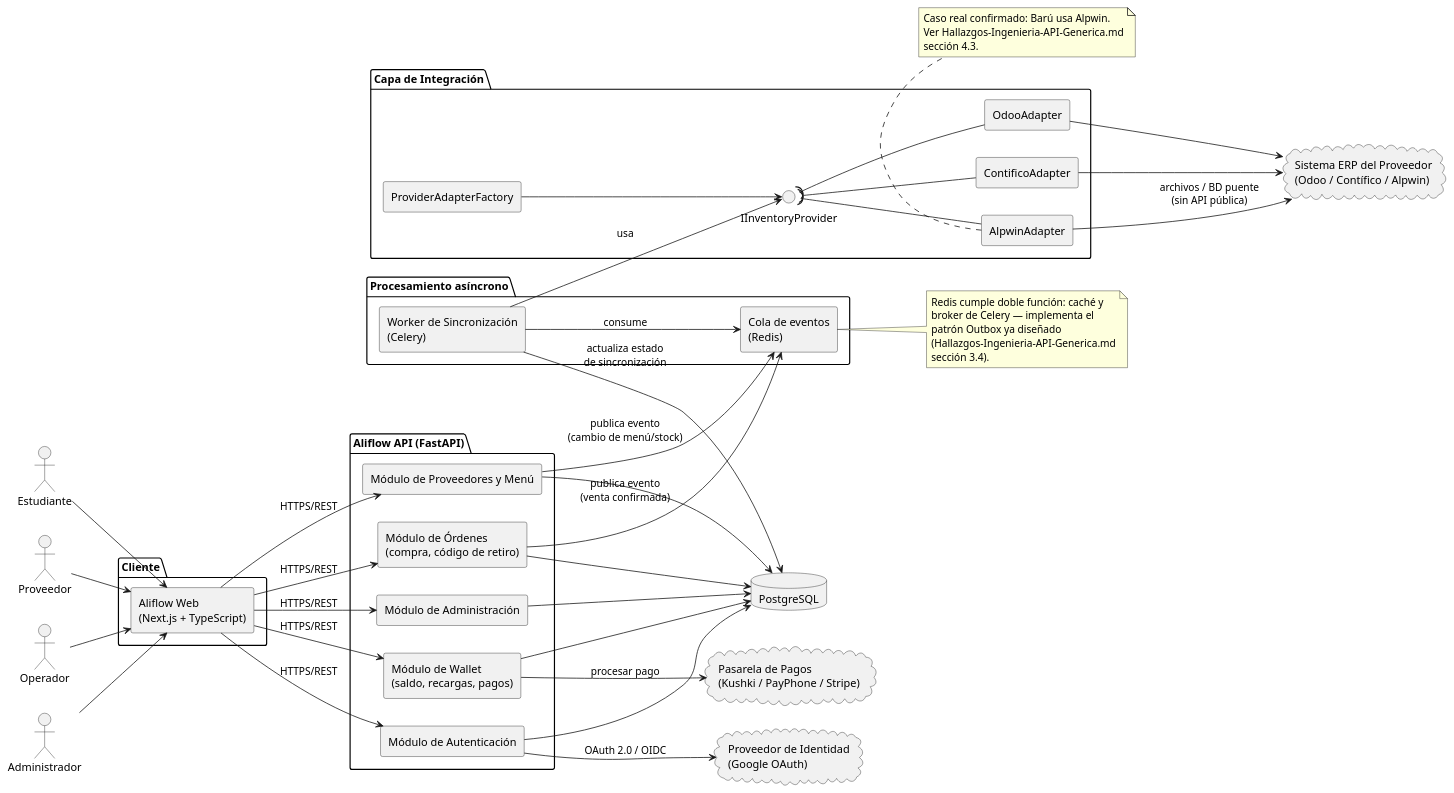
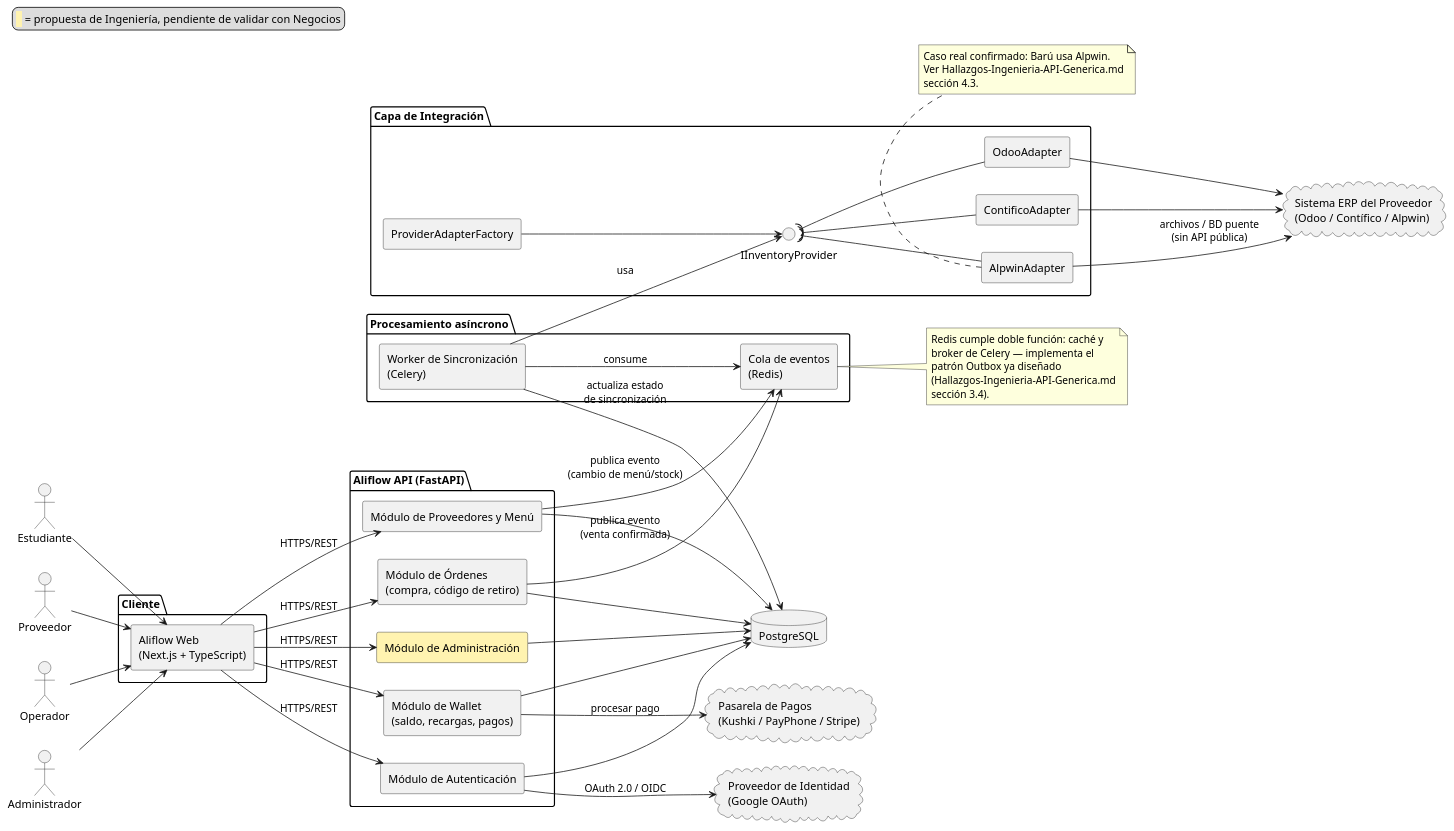
The diagram in uml/diagrama-componentes.puml (Jesus-JB/aliflow), drawn with PlantUML before and after one commit. The commit also changed 11 other files, not shown here.

```diff
--- a/uml/diagrama-componentes.puml
+++ b/uml/diagrama-componentes.puml
@@ -1,92 +1,96 @@
 @startuml diagrama-componentes-aliflow
 
 skinparam componentStyle rectangle
 left to right direction
+
+legend top left
+  <back:#FFF3B0>  </back> = propuesta de Ingeniería, pendiente de validar con Negocios
+endlegend
 
 actor Estudiante
 actor Proveedor
 actor Operador
 actor Administrador
 
 package "Cliente" {
   [Aliflow Web\n(Next.js + TypeScript)] as WEB
 }
 
 package "Aliflow API (FastAPI)" {
   [Módulo de Autenticación] as AUTH
   [Módulo de Wallet\n(saldo, recargas, pagos)] as WALLET
   [Módulo de Órdenes\n(compra, código de retiro)] as ORDERS
   [Módulo de Proveedores y Menú] as PROVMOD
-  [Módulo de Administración] as ADMINMOD
+  [Módulo de Administración] as ADMINMOD #FFF3B0
 }
 
 package "Capa de Integración" {
   interface IInventoryProvider
   [ProviderAdapterFactory] as FACTORY
   [OdooAdapter] as ODOOA
   [ContificoAdapter] as CONTIFICOA
   [AlpwinAdapter] as ALPWINA
 
   FACTORY --> IInventoryProvider
   ODOOA -up-( IInventoryProvider
   CONTIFICOA -up-( IInventoryProvider
   ALPWINA -up-( IInventoryProvider
 }
 
 package "Procesamiento asíncrono" {
   [Cola de eventos\n(Redis)] as QUEUE
   [Worker de Sincronización\n(Celery)] as WORKER
 }
 
 database "PostgreSQL" as DB
 
 cloud "Proveedor de Identidad\n(Google OAuth)" as IDP
 cloud "Pasarela de Pagos\n(Kushki / PayPhone / Stripe)" as PAY
 cloud "Sistema ERP del Proveedor\n(Odoo / Contífico / Alpwin)" as ERP
 
 Estudiante --> WEB
 Proveedor --> WEB
 Operador --> WEB
 Administrador --> WEB
 
 WEB --> AUTH : HTTPS/REST
 WEB --> WALLET : HTTPS/REST
 WEB --> ORDERS : HTTPS/REST
 WEB --> PROVMOD : HTTPS/REST
 WEB --> ADMINMOD : HTTPS/REST
 
 AUTH --> IDP : OAuth 2.0 / OIDC
 WALLET --> PAY : procesar pago
 
 AUTH --> DB
 WALLET --> DB
 ORDERS --> DB
 PROVMOD --> DB
 ADMINMOD --> DB
 
 ORDERS --> QUEUE : publica evento\n(venta confirmada)
 PROVMOD --> QUEUE : publica evento\n(cambio de menú/stock)
 
 WORKER --> QUEUE : consume
 WORKER --> IInventoryProvider : usa
 WORKER --> DB : actualiza estado\nde sincronización
 
 ODOOA --> ERP
 CONTIFICOA --> ERP
 ALPWINA --> ERP : archivos / BD puente\n(sin API pública)
 
 note bottom of ALPWINA
   Caso real confirmado: Barú usa Alpwin.
   Ver Hallazgos-Ingenieria-API-Generica.md
   sección 4.3.
 end note
 
 note right of QUEUE
   Redis cumple doble función: caché y
   broker de Celery — implementa el
   patrón Outbox ya diseñado
   (Hallazgos-Ingenieria-API-Generica.md
   sección 3.4).
 end note
 
 @enduml
```
